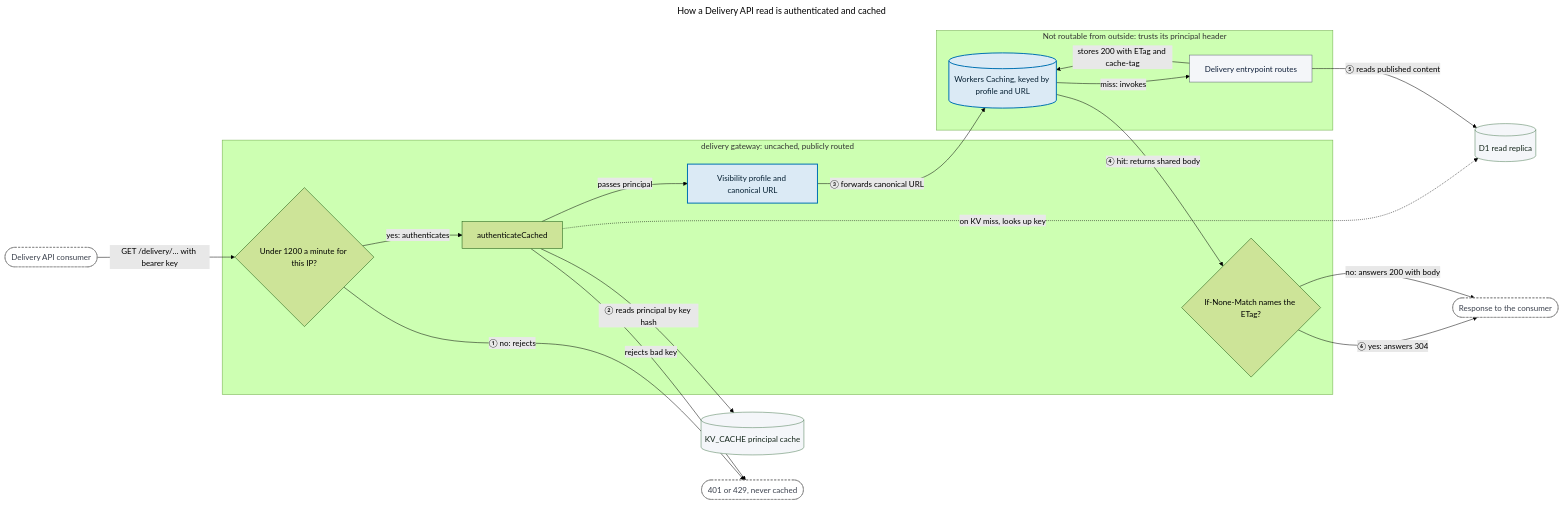
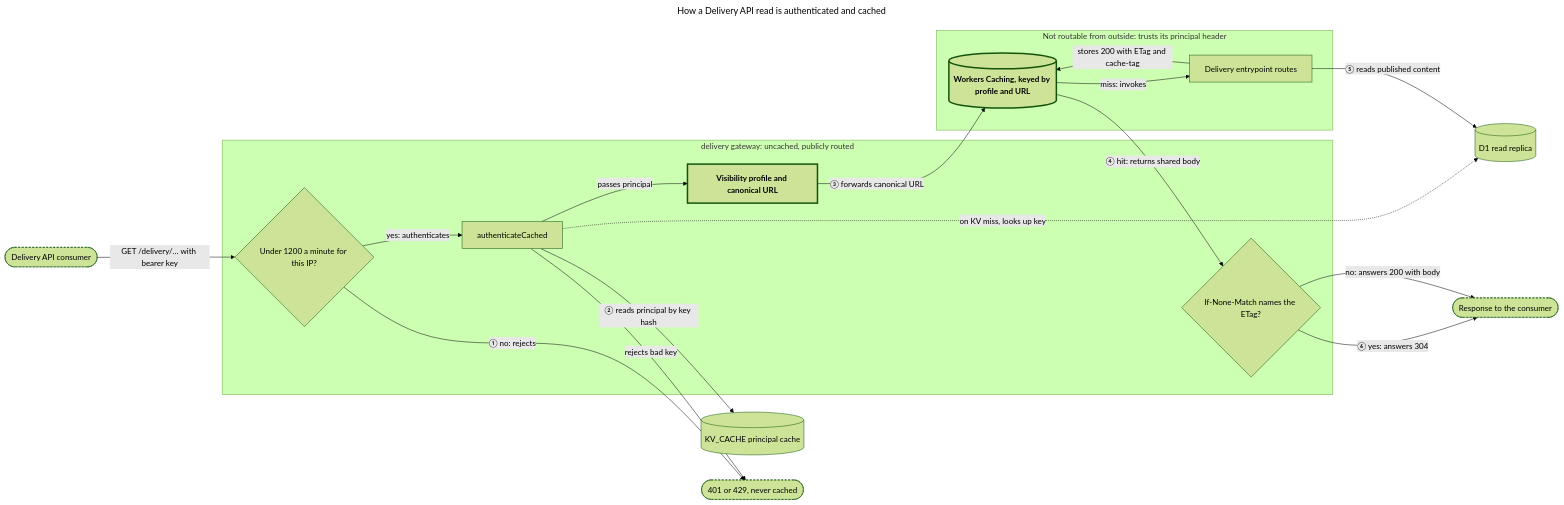
One commit to contentworker/contentworker changed the diagram in docs/diagrams/reference-architecture/delivery-read.mmd. Above: the diagram before and after it, drawn with Mermaid (forest theme). The commit also changed 19 other files, not shown here.

First line of the commit message:
Render the reference architecture diagrams in monochrome, light and dark

```diff
--- a/docs/diagrams/reference-architecture/delivery-read.mmd
+++ b/docs/diagrams/reference-architecture/delivery-read.mmd
@@ -1,45 +1,45 @@
 ---
 title: How a Delivery API read is authenticated and cached
 ---
 flowchart LR
     accTitle: How a Delivery API read is authenticated and cached
     accDescr: A Delivery API GET at cdn.{domain} reaches the delivery Worker's uncached gateway, which first rate-limits the client IP to 1200 requests a minute ①. It then authenticates the CDA or CPA key on every request: the principal is read from KV_CACHE by the key's peppered hash, and only on a KV miss is the key looked up on a D1 read replica and the principal cached for up to 60 seconds under the principals tag for its space ②. A bad key or a rate-limited client gets a 401 or 429 that is never cached. The gateway reduces the principal to a visibility profile, a hash of space, key kind, sorted scopes and content grants, and forwards a canonical URL built from that profile, the path and the sorted query, with the principal in an internal header ③. Workers Caching in front of the Delivery entrypoint answers a hit with the body every reader of that profile shares ④; on a miss the entrypoint runs the delivery routes against a D1 read replica and returns a 200 with a strong ETag and the environment's cache-tag, which the cache stores ⑤. Back in the gateway, an If-None-Match that names the ETag gets a 304, and anything else gets the body ⑥.
 
     Consumer([Delivery API consumer]):::external
 
     subgraph Gateway["delivery gateway: uncached, publicly routed"]
         Limit{Under 1200 a minute for this IP?}
         Auth[authenticateCached]
         Profile[Visibility profile and canonical URL]:::focal
         Cond{If-None-Match names the ETag?}
     end
 
     subgraph Internal["Not routable from outside: trusts its principal header"]
         Cache[(Workers Caching, keyed by profile and URL)]:::focal
         DEnt[Delivery entrypoint routes]:::primary
     end
 
     KV[(KV_CACHE principal cache)]:::store
     D1R[(D1 read replica)]:::store
     Reject([401 or 429, never cached]):::external
     Answer([Response to the consumer]):::external
 
     Consumer -->|"GET /delivery/… with bearer key"| Limit
     Limit -->|"① no: rejects"| Reject
     Limit -->|yes: authenticates| Auth
     Auth -->|"② reads principal by key hash"| KV
     Auth -.->|on KV miss, looks up key| D1R
     Auth -->|rejects bad key| Reject
     Auth -->|passes principal| Profile
     Profile -->|"③ forwards canonical URL"| Cache
     Cache -->|"④ hit: returns shared body"| Cond
     Cache -->|"miss: invokes"| DEnt
     DEnt -->|"⑤ reads published content"| D1R
     DEnt -->|stores 200 with ETag and cache-tag| Cache
     Cond -->|"⑥ yes: answers 304"| Answer
     Cond -->|no: answers 200 with body| Answer
 
-    classDef focal    fill:#dbeaf5,stroke:#0072B2,stroke-width:2px,color:#062033
-    classDef primary  fill:#f4f6f9,stroke:#5a6272,stroke-width:1px,color:#10203a
-    classDef external fill:#ffffff,stroke:#767676,stroke-width:1px,stroke-dasharray:4 3,color:#3b414d
-    classDef store    fill:#f4f6f9,stroke:#4a7a52,stroke-width:1px,color:#14261a
+    classDef focal    stroke-width:3px,font-weight:bold
+    classDef primary  stroke-width:1px
+    classDef external stroke-width:1px,stroke-dasharray:4 3
+    classDef store    stroke-width:1px
```
